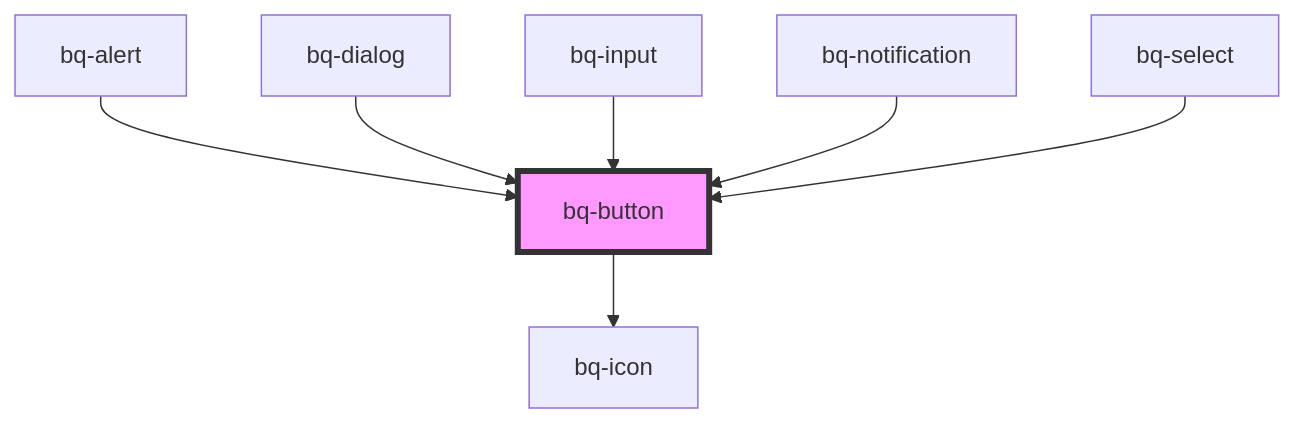
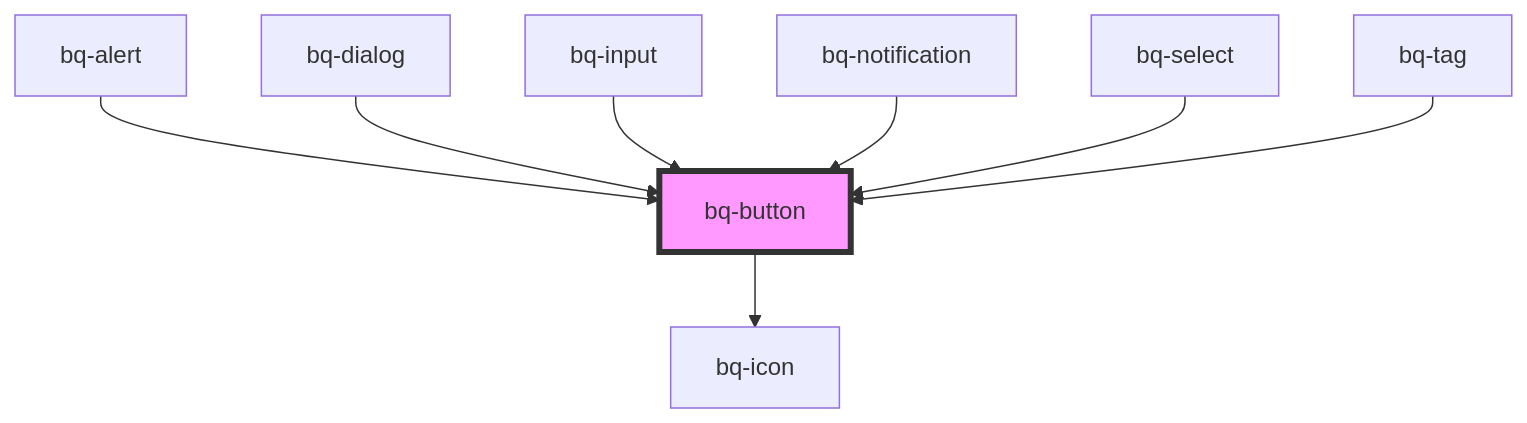
Before and after one commit to Endava/BEEQ: the diagram in packages/beeq/src/components/button/readme.md, drawn with Mermaid. The commit also changed other lines of this file and 6 other files, not shown here.

````diff
--- a/packages/beeq/src/components/button/readme.md
+++ b/packages/beeq/src/components/button/readme.md
@@ -64,10 +65,11 @@
 ```mermaid
 graph TD;
   bq-button --> bq-icon
   bq-alert --> bq-button
   bq-dialog --> bq-button
   bq-input --> bq-button
   bq-notification --> bq-button
   bq-select --> bq-button
+  bq-tag --> bq-button
   style bq-button fill:#f9f,stroke:#333,stroke-width:4px
 ```
````
